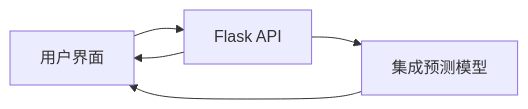
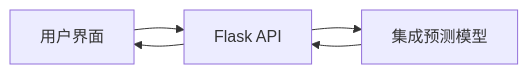
One commit to nouop/CVDPol changed the diagram in README.md. Above: the diagram before and after it, drawn with Mermaid.

````diff
--- a/README.md
+++ b/README.md
@@ -52,7 +52,7 @@
 ```mermaid
 graph LR
     A[用户界面] --> B[Flask API]
     B --> C[集成预测模型]
-    C --> A[用户界面]
+    C --> B[Flask API]
     B --> A
 ```
````
